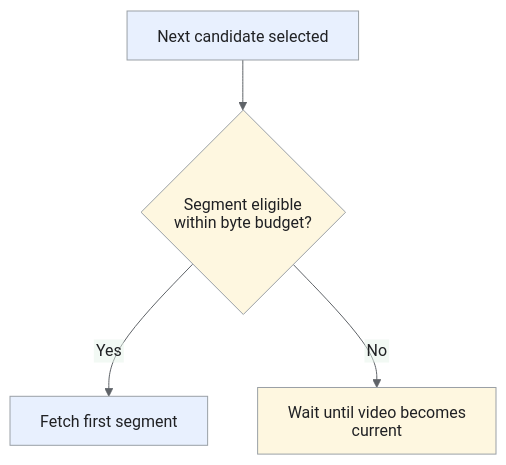
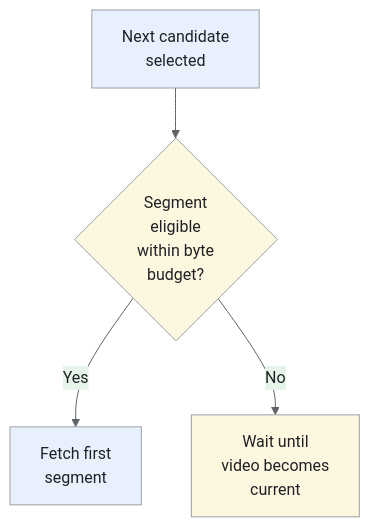
One commit to iliazlobin/iliazlobin.github.io changed the sixth of 7 diagrams in _designs/system-design-tiktok-reels.md. Above: the diagram before and after it, drawn with Mermaid. The commit also changed other lines of this file and 116 other files, not shown here.

````diff
--- a/_designs/system-design-tiktok-reels.md
+++ b/_designs/system-design-tiktok-reels.md
@@ -358,13 +391,13 @@
 ```mermaid
-%%{init: {'theme':'base','htmlLabels':false,'flowchart':{'htmlLabels':false},'themeVariables':{'fontFamily':'Arial, sans-serif','primaryColor':'#e8f0fe','primaryTextColor':'#202124','primaryBorderColor':'#9aa0a6','lineColor':'#5f6368','secondaryColor':'#e6f4ea','tertiaryColor':'#fef7e0','actorBkg':'#e8f0fe','actorBorder':'#9aa0a6','actorTextColor':'#202124','noteBkgColor':'#fef7e0','noteTextColor':'#202124','noteBorderColor':'#9aa0a6','signalColor':'#5f6368','signalTextColor':'#202124','labelBoxBkgColor':'#fef7e0','labelBoxBorderColor':'#9aa0a6'}}}%%
+%%{init: {"theme":"base","themeVariables":{"primaryColor":"#e8f0fe","primaryBorderColor":"#9aa0a6","primaryTextColor":"#202124","secondaryColor":"#e6f4ea","tertiaryColor":"#fef7e0","lineColor":"#5f6368","actorBkg":"#e8f0fe","actorBorder":"#9aa0a6","actorTextColor":"#202124","noteBkgColor":"#fef7e0","noteBorderColor":"#9aa0a6","noteTextColor":"#202124","signalColor":"#5f6368","signalTextColor":"#202124"}}}%%
 flowchart TB
-    A["Next candidate selected"] --> B{"Segment eligible<br/>within byte budget?"}
-    B -->|"Yes"| C["Fetch first segment"]
-    B -->|"No"| D["Wait until video becomes current"]
+    A["Next candidate<br>selected"] --> B{"Segment<br>eligible<br>within byte<br>budget?"}
+    B -->|"Yes"| C["Fetch first<br>segment"]
+    B -->|"No"| D["Wait until<br>video becomes<br>current"]
     class A,C request;
     class B,D control;
 classDef request fill:#e8f0fe,stroke:#9aa0a6,color:#202124;
 classDef data fill:#e6f4ea,stroke:#9aa0a6,color:#202124;
 classDef control fill:#fef7e0,stroke:#9aa0a6,color:#202124;
 classDef danger fill:#fce8e6,stroke:#9aa0a6,color:#202124;
 ```
````
